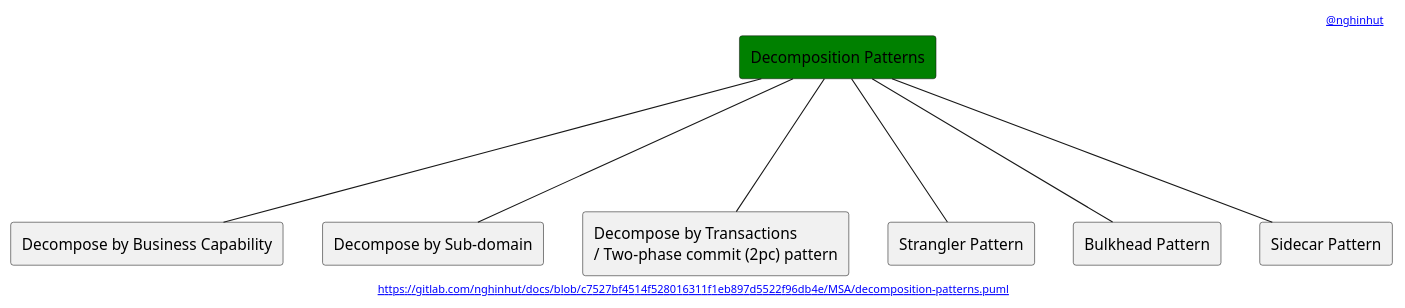
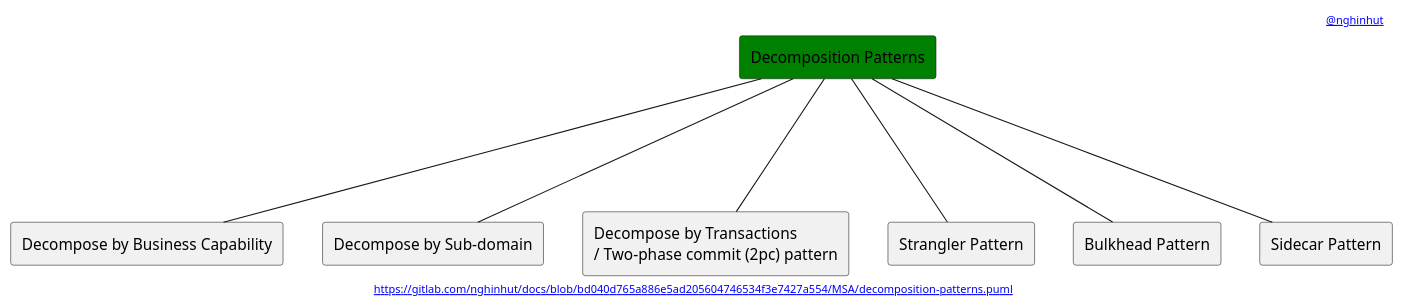
One commit to nghinhut/docs changed the diagram in MSA/decomposition-patterns.puml. Above: the diagram before and after it, drawn with PlantUML. The commit also changed 18 other files, not shown here.

Commit message:
Update diagrams

```diff
--- a/MSA/decomposition-patterns.puml
+++ b/MSA/decomposition-patterns.puml
@@ -1,22 +1,22 @@
 @startuml
 '-----START auto generated metadata please keep comment here to allow auto update-----
 '-----DON'T EDIT THIS SECTION, INSTEAD RE-RUN prebuild.sh TO UPDATE-----
-header [[mailto:nghinhut@gmail.com @nghinhut]]
-footer [[http://www.plantuml.com/plantuml/proxy?fmt=svg&src=https://gitlab.com/nghinhut/docs/raw/c7527bf4514f528016311f1eb897d5522f96db4e/MSA/decomposition-patterns.puml https://gitlab.com/nghinhut/docs/blob/c7527bf4514f528016311f1eb897d5522f96db4e/MSA/decomposition-patterns.puml]]
+header [[www.nghinhut.dev?from=http://www.plantuml.com/plantuml/proxy?fmt=svg&src=https://gitlab.com/nghinhut/docs/raw/bd040d765a886e5ad205604746534f3e7427a554/MSA/decomposition-patterns.puml @nghinhut]]
+footer [[http://www.plantuml.com/plantuml/proxy?fmt=svg&src=https://gitlab.com/nghinhut/docs/raw/bd040d765a886e5ad205604746534f3e7427a554/MSA/decomposition-patterns.puml https://gitlab.com/nghinhut/docs/blob/bd040d765a886e5ad205604746534f3e7427a554/MSA/decomposition-patterns.puml]]
 '-----END auto generated metadata please keep comment here to allow auto update-----
 
 rectangle "Decomposition Patterns" as Decomposition #green
 
 rectangle "Decompose by Business Capability" as DecompositionP1
 rectangle "Decompose by Sub-domain" as DecompositionP2
 rectangle "Decompose by Transactions\n/ Two-phase commit (2pc) pattern" as DecompositionP3
 rectangle "Strangler Pattern" as DecompositionP4
 rectangle "Bulkhead Pattern" as DecompositionP5
 rectangle "Sidecar Pattern" as DecompositionP6
 Decomposition --- DecompositionP1
 Decomposition --- DecompositionP2
 Decomposition --- DecompositionP3
 Decomposition --- DecompositionP4
 Decomposition --- DecompositionP5
 Decomposition --- DecompositionP6
 @enduml
```
